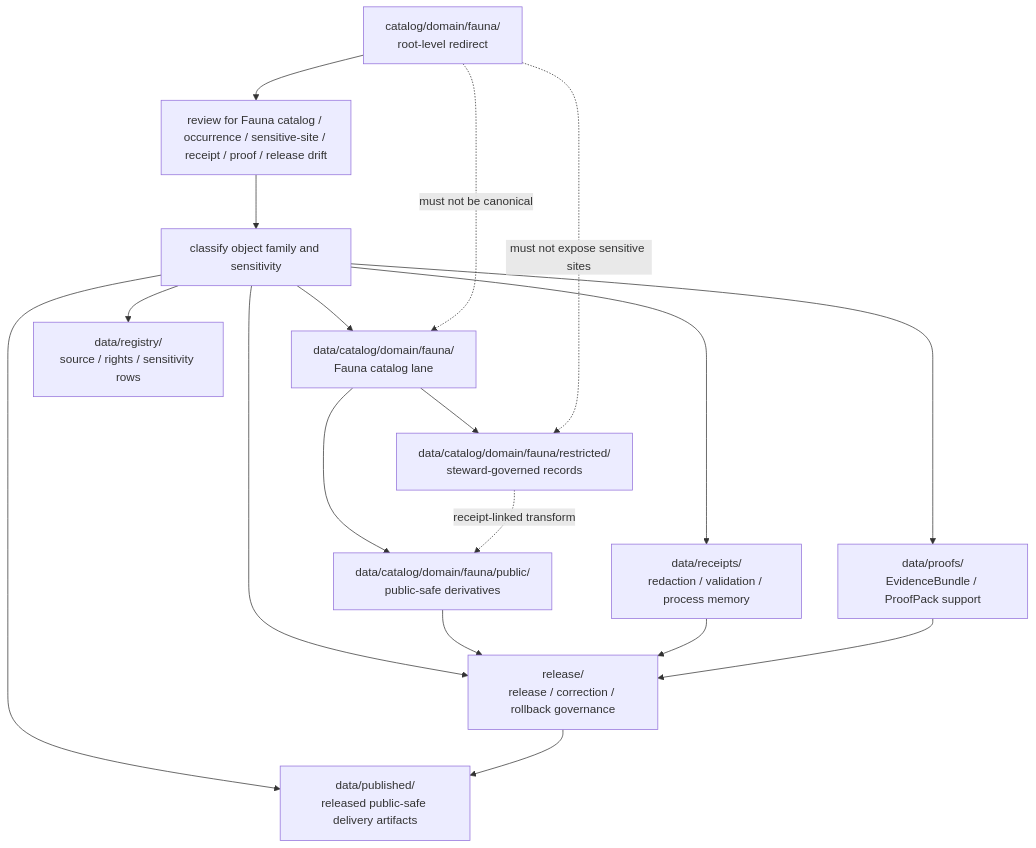
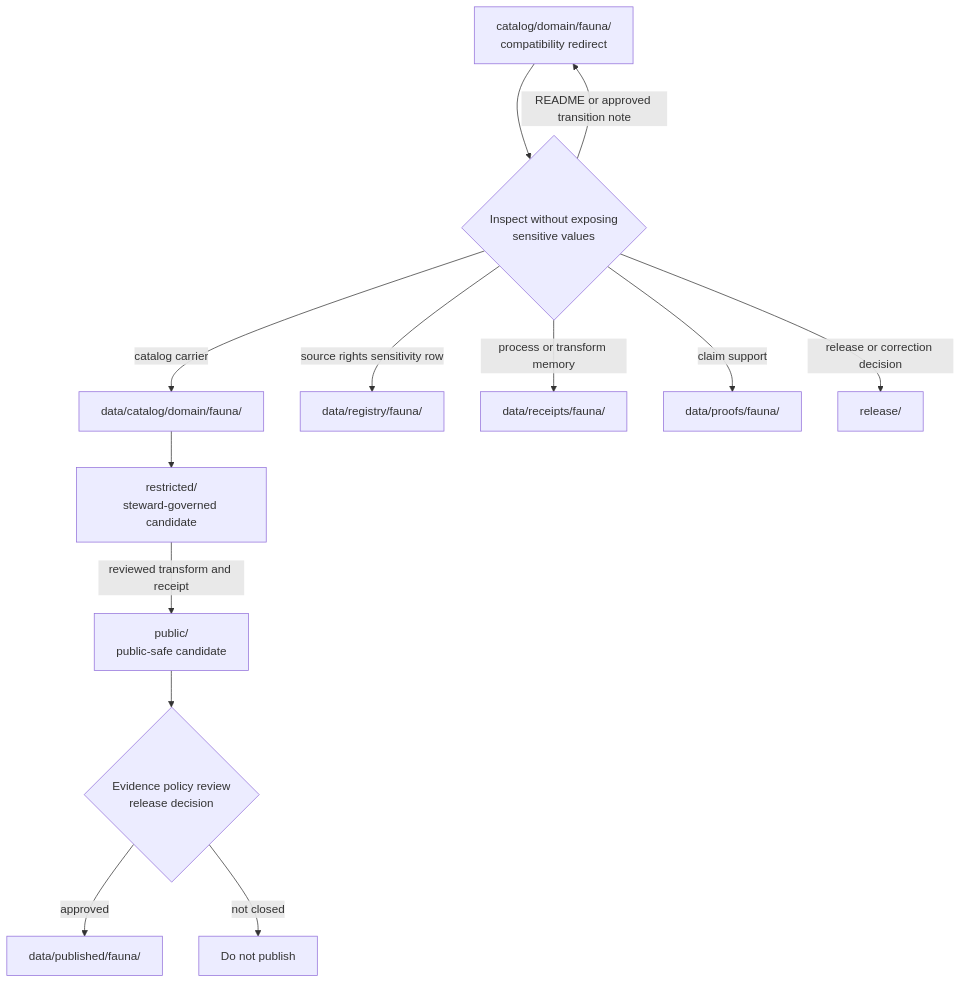
Before and after one commit to bartytime4life/Kansas-Frontier-Matrix: the diagram in catalog/domain/fauna/README.md, drawn with Mermaid. The commit also changed other lines of this file, not shown here.

Commit message:
Modernize Fauna catalog compatibility README

````diff
--- a/catalog/domain/fauna/README.md
+++ b/catalog/domain/fauna/README.md
@@ -383,20 +324,15 @@
-```mermaid
+~~~mermaid
 flowchart TD
-    wrong["catalog/domain/fauna/\nroot-level redirect"] --> review["review for Fauna catalog / occurrence / sensitive-site / receipt / proof / release drift"]
-    review --> classify["classify object family and sensitivity"]
-    classify --> canonical["data/catalog/domain/fauna/\nFauna catalog lane"]
-    canonical --> publicLane["data/catalog/domain/fauna/public/\npublic-safe derivatives"]
-    canonical --> restrictedLane["data/catalog/domain/fauna/restricted/\nsteward-governed records"]
-    classify --> registry["data/registry/\nsource / rights / sensitivity rows"]
-    classify --> receipts["data/receipts/\nredaction / validation / process memory"]
-    classify --> proofs["data/proofs/\nEvidenceBundle / ProofPack support"]
-    classify --> release["release/\nrelease / correction / rollback governance"]
-    classify --> published["data/published/\nreleased public-safe delivery artifacts"]
-    restrictedLane -. "receipt-linked transform" .-> publicLane
-    publicLane --> release
-    receipts --> release
-    proofs --> release
-    release --> published
-    wrong -. "must not be canonical" .-> canonical
-    wrong -. "must not expose sensitive sites" .-> restrictedLane
-```
+  COMP["catalog/domain/fauna/<br/>compatibility redirect"] --> INSPECT{"Inspect without exposing<br/>sensitive values"}
+  INSPECT -->|README or approved transition note| COMP
+  INSPECT -->|catalog carrier| CANON["data/catalog/domain/fauna/"]
+  INSPECT -->|source rights sensitivity row| REG["data/registry/fauna/"]
+  INSPECT -->|process or transform memory| REC["data/receipts/fauna/"]
+  INSPECT -->|claim support| PROOF["data/proofs/fauna/"]
+  INSPECT -->|release or correction decision| REL["release/"]
+  CANON --> RESTRICTED["restricted/<br/>steward-governed candidate"]
+  RESTRICTED -->|reviewed transform and receipt| PUBLIC["public/<br/>public-safe candidate"]
+  PUBLIC --> GATE{"Evidence policy review<br/>release decision"}
+  GATE -->|approved| PUBLISHED["data/published/fauna/"]
+  GATE -->|not closed| STOP["Do not publish"]
+~~~
````
